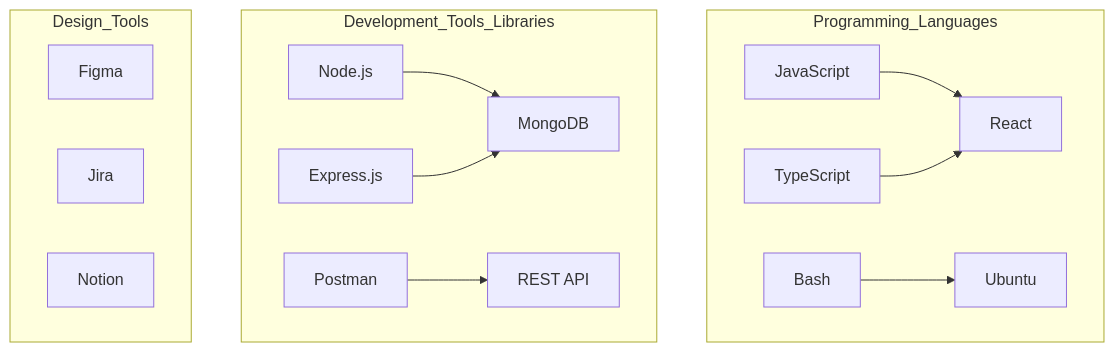
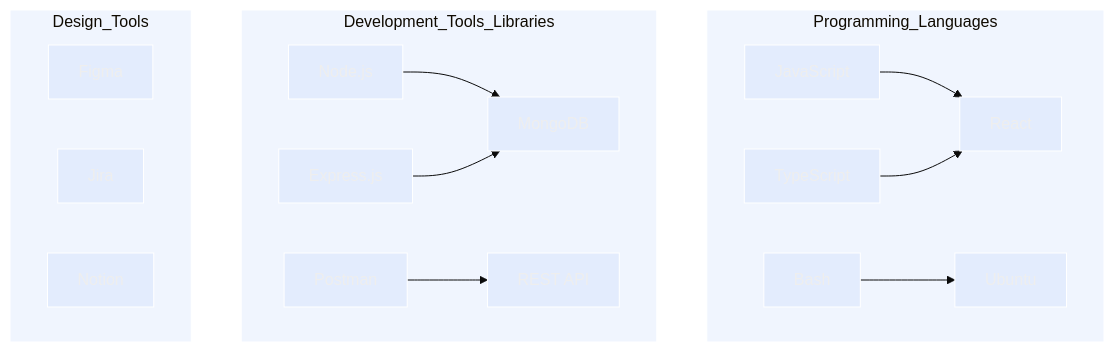
One commit to alejandroo-pc/alejandroo-pc changed the diagram in README.md. Above: the diagram before and after it, drawn with Mermaid.

````diff
--- a/README.md
+++ b/README.md
@@ -11,30 +11,30 @@
 ```mermaid
 %%{
   init: {
     'theme': 'base',
     'themeVariables': {
       'primaryColor': '#E3ECFD',
-      'tertiaryColor': '#F0F5FE'
-      'darkMode': 'true',
+      'tertiaryColor': '#F0F5FE',
+      'darkMode': 'true'
     }
   }
 }%%
 graph TD;
     subgraph Programming_Languages
         A[JavaScript] --> B[React]
         C[TypeScript] --> B[React]
         D[Bash] --> E[Ubuntu]
     end
 
     subgraph Development_Tools_Libraries
         F[Node.js] --> G[MongoDB]
         H[Express.js] --> G[MongoDB]
         I[Postman] --> J[REST API]
     end
     
     subgraph Design_Tools
         K[Figma] 
         L[Jira]
         M[Notion]
     end
 ```
````
